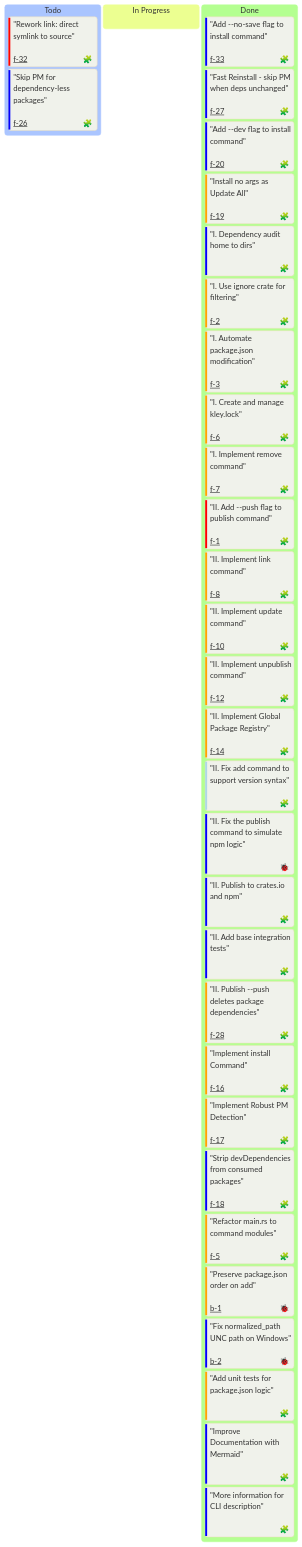
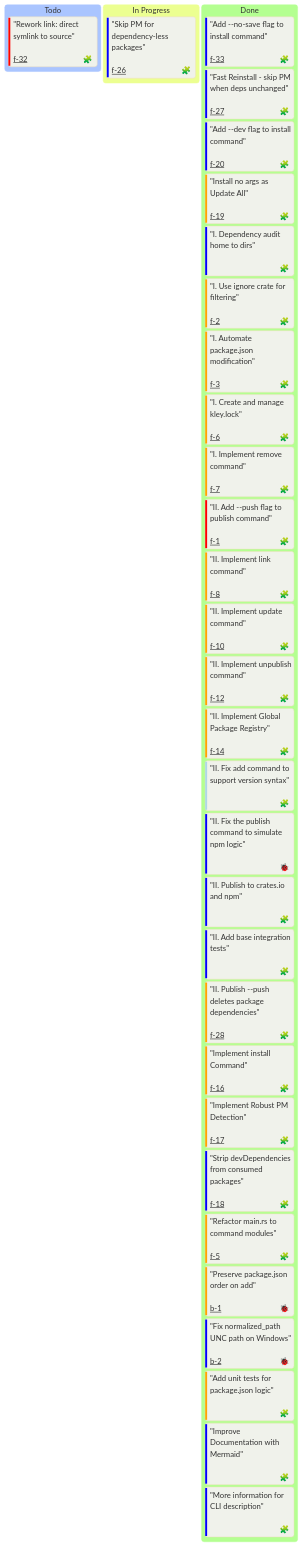
One commit to sumbad/kley changed the diagram in docs/milestones/M1-mvp.md. Above: the diagram before and after it, drawn with Mermaid. The commit also changed other lines of this file and 4 other files, not shown here.

````diff
--- a/docs/milestones/M1-mvp.md
+++ b/docs/milestones/M1-mvp.md
@@ -17,57 +17,57 @@
 ```mermaid
 ---
 config:
   kanban:
     ticketBaseUrl: 'https://github.com/sumbad/kley/tree/master/docs/tickets/#TICKET#.md'
     
     ### Legend
     # assigned - 🧩 = feat | 🐞 = bug
     # priority - `Very High` = Critical | `High` = High | `Low` = Medium | `Very Low` = Low
     # ticket - used for a ticket file name (tickets/#TICKET#.md)
 ---
 %%{init: {
   'theme': 'base',
   'themeVariables': {
     'darkMode': false,
     'background': '#F0F2EB'
   }
 }}%%
 
 kanban
     Todo
         "Rework link: direct symlink to source"<br/><br/>@{ assigned: 🧩, priority: 'Very High', ticket: 'f-32' }
-        "Skip PM for dependency-less packages"<br/><br/>@{ assigned: 🧩, priority: 'Low', ticket: 'f-26' }
 
     In Progress
+        "Skip PM for dependency-less packages"<br/><br/>@{ assigned: 🧩, priority: 'Low', ticket: 'f-26' }
 
     Done
         "Add --no-save flag to install command"<br/><br/>@{ assigned: 🧩, priority: 'Low', ticket: 'f-33' }
         "Fast Reinstall - skip PM when deps unchanged"<br/><br/>@{ assigned: 🧩, priority: 'Low', ticket: 'f-27' }
         "Add --dev flag to install command"<br/><br/>@{ assigned: 🧩, priority: 'Low', ticket: 'f-20' }
         "Install no args as Update All"<br/><br/>@{ assigned: 🧩, priority: 'High', ticket: 'f-19' }
         "I. Dependency audit home to dirs"<br/><br/>@{ assigned: 🧩, priority: 'Low' }
         "I. Use ignore crate for filtering"<br/><br/>@{ assigned: 🧩, priority: 'High', ticket: 'f-2' }
         "I. Automate package.json modification"<br/><br/>@{ assigned: 🧩, priority: 'High', ticket: 'f-3' }
         "I. Create and manage kley.lock"<br/><br/>@{ assigned: 🧩, priority: 'High', ticket: 'f-6' }
         "I. Implement remove command"<br/><br/>@{ assigned: 🧩, priority: 'High', ticket: 'f-7' }
         "II. Add --push flag to publish command"<br/><br/>@{ assigned: 🧩, priority: 'Very High', ticket: 'f-1' }
         "II. Implement link command"<br/><br/>@{ assigned: 🧩, priority: 'High', ticket: 'f-8' }
         "II. Implement update command"<br/><br/>@{ assigned: 🧩, priority: 'High', ticket: 'f-10' }
         "II. Implement unpublish command"<br/><br/>@{ assigned: 🧩, priority: 'High', ticket: 'f-12' }
         "II. Implement Global Package Registry"<br/><br/>@{ assigned: 🧩, priority: 'High', ticket: 'f-14' }
         "II. Fix add command to support version syntax"<br/><br/>@{ assigned: 🧩, priority: 'Very Low' }
         "II. Fix the publish command to simulate npm logic"<br/><br/>@{ assigned: 🐞, priority: 'Low' }
         "II. Publish to crates.io and npm"<br/><br/>@{ assigned: 🧩, priority: 'Low' }
         "II. Add base integration tests"<br/><br/>@{ assigned: 🧩, priority: 'Low' }
         "II. Publish --push deletes package dependencies"<br/><br/>@{ assigned: 🧩, priority: 'High', ticket: 'f-28' }
         "Implement install Command"<br/><br/>@{ assigned: 🧩, priority: 'High', ticket: 'f-16' }
         "Implement Robust PM Detection"<br/><br/>@{ assigned: 🧩, priority: 'High', ticket: 'f-17' }
         "Strip devDependencies from consumed packages"<br/><br/>@{ assigned: 🧩, priority: 'Low', ticket: 'f-18' }
         "Refactor main.rs to command modules"<br/><br/>@{ assigned: 🧩, priority: 'High', ticket: 'f-5' }
         "Preserve package.json order on add"<br/><br/>@{ assigned: 🐞, priority: 'High', ticket: 'b-1' }
         "Fix normalized_path UNC path on Windows"<br/><br/>@{ assigned: 🐞, priority: 'Low', ticket: 'b-2' }
         "Add unit tests for package.json logic"<br/><br/>@{ assigned: 🧩, priority: 'High' }
         "Improve Documentation with Mermaid"<br/><br/>@{ assigned: 🧩, priority: 'Low' }
         "More information for CLI description"<br/><br/>@{ assigned: 🧩, priority: 'Low' }
 
 ```
````
